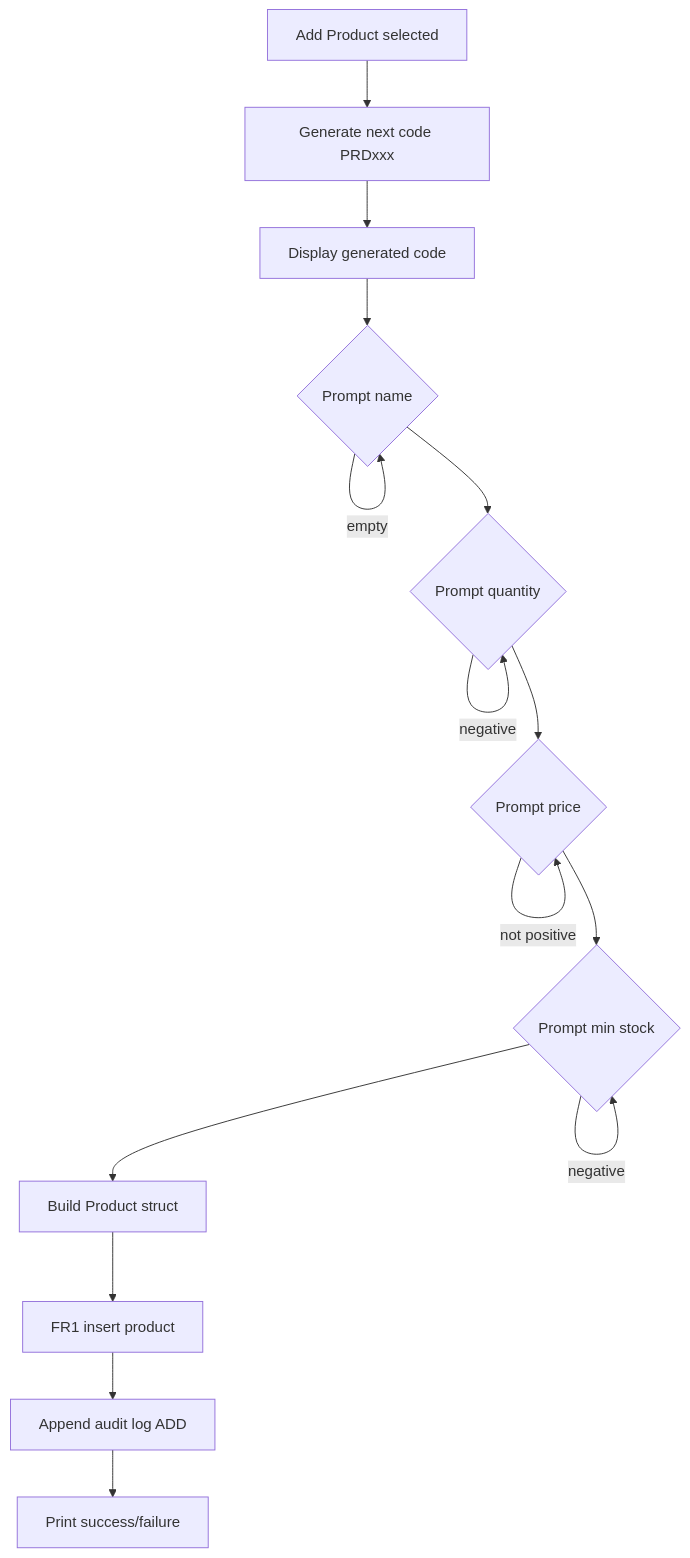
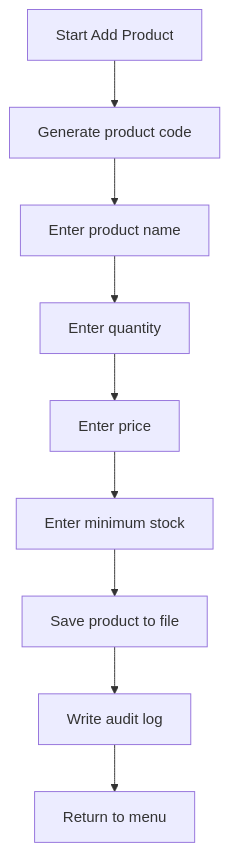
The second of 7 diagrams in docs/feature.md (PrakDararith22/inventory-camtech), drawn with Mermaid before and after one commit. The commit also changed other lines of this file, not shown here.

Commit message:
Fixing: flowchart

````diff
--- a/docs/feature.md
+++ b/docs/feature.md
@@ -478,17 +470,11 @@
 ```mermaid
 flowchart TD
-    A[Add Product selected] --> B[Generate next code PRDxxx]
-    B --> C[Display generated code]
-    C --> D{Prompt name}
-    D -->|empty| D
-    D --> E{Prompt quantity}
-    E -->|negative| E
-    E --> F{Prompt price}
-    F -->|not positive| F
-    F --> G{Prompt min stock}
-    G -->|negative| G
-    G --> H[Build Product struct]
-    H --> I[FR1 insert product]
-    I --> J[Append audit log ADD]
-    J --> K[Print success/failure]
+    A["Start Add Product"] --> B["Generate product code"]
+    B --> C["Enter product name"]
+    C --> D["Enter quantity"]
+    D --> E["Enter price"]
+    E --> F["Enter minimum stock"]
+    F --> G["Save product to file"]
+    G --> H["Write audit log"]
+    H --> I["Return to menu"]
 ```
````
